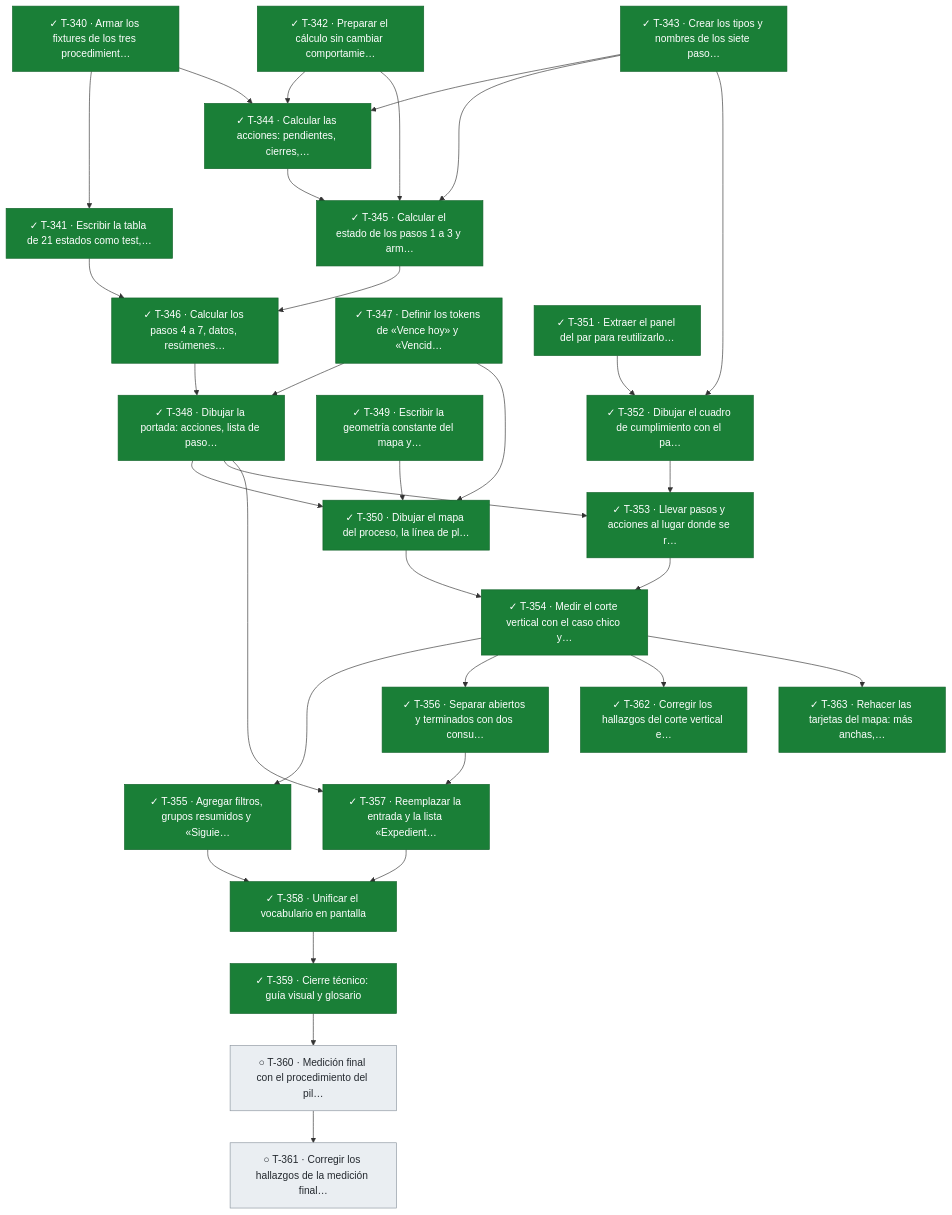
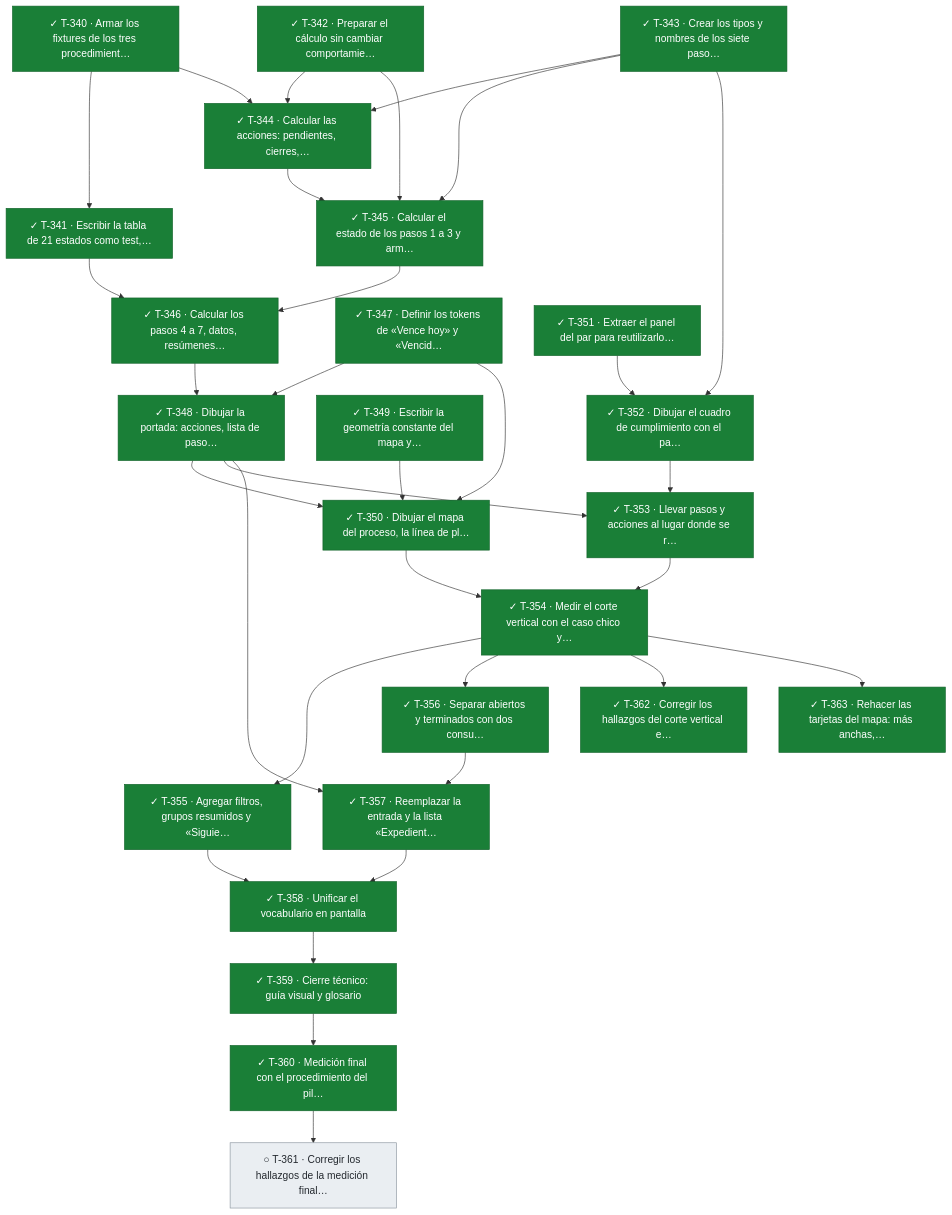
Before and after one commit to snavello/EVALUON: diagram 25 of 25 in docs/tablero.md, drawn with Mermaid. The commit also changed other lines of this file and 1 other file, not shown here.

Commit message:
gestión: T-360 terminada (medición final con los datos del piloto), avisos y tablero

````diff
--- a/docs/tablero.md
+++ b/docs/tablero.md
@@ -1924,63 +1924,63 @@
 ```mermaid
 flowchart TD
   T340["✓ T-340 · Armar los fixtures de los tres procedimient…"]:::done
   T341["✓ T-341 · Escribir la tabla de 21 estados como test,…"]:::done
   T342["✓ T-342 · Preparar el cálculo sin cambiar comportamie…"]:::done
   T343["✓ T-343 · Crear los tipos y nombres de los siete paso…"]:::done
   T344["✓ T-344 · Calcular las acciones: pendientes, cierres,…"]:::done
   T345["✓ T-345 · Calcular el estado de los pasos 1 a 3 y arm…"]:::done
   T346["✓ T-346 · Calcular los pasos 4 a 7, datos, resúmenes…"]:::done
   T347["✓ T-347 · Definir los tokens de «Vence hoy» y «Vencid…"]:::done
   T348["✓ T-348 · Dibujar la portada: acciones, lista de paso…"]:::done
   T349["✓ T-349 · Escribir la geometría constante del mapa y…"]:::done
   T350["✓ T-350 · Dibujar el mapa del proceso, la línea de pl…"]:::done
   T351["✓ T-351 · Extraer el panel del par para reutilizarlo…"]:::done
   T352["✓ T-352 · Dibujar el cuadro de cumplimiento con el pa…"]:::done
   T353["✓ T-353 · Llevar pasos y acciones al lugar donde se r…"]:::done
   T354["✓ T-354 · Medir el corte vertical con el caso chico y…"]:::done
   T355["✓ T-355 · Agregar filtros, grupos resumidos y «Siguie…"]:::done
   T356["✓ T-356 · Separar abiertos y terminados con dos consu…"]:::done
   T357["✓ T-357 · Reemplazar la entrada y la lista «Expedient…"]:::done
   T358["✓ T-358 · Unificar el vocabulario en pantalla"]:::done
   T359["✓ T-359 · Cierre técnico: guía visual y glosario"]:::done
-  T360["○ T-360 · Medición final con el procedimiento del pil…"]:::todo
+  T360["✓ T-360 · Medición final con el procedimiento del pil…"]:::done
   T361["○ T-361 · Corregir los hallazgos de la medición final…"]:::todo
   T362["✓ T-362 · Corregir los hallazgos del corte vertical e…"]:::done
   T363["✓ T-363 · Rehacer las tarjetas del mapa: más anchas,…"]:::done
   T340 --> T341
   T340 --> T344
   T342 --> T344
   T343 --> T344
   T342 --> T345
   T343 --> T345
   T344 --> T345
   T341 --> T346
   T345 --> T346
   T346 --> T348
   T347 --> T348
   T347 --> T350
   T348 --> T350
   T349 --> T350
   T343 --> T352
   T351 --> T352
   T348 --> T353
   T352 --> T353
   T350 --> T354
   T353 --> T354
   T354 --> T355
   T354 --> T356
   T348 --> T357
   T356 --> T357
   T355 --> T358
   T357 --> T358
   T358 --> T359
   T359 --> T360
   T360 --> T361
   T354 --> T362
   T354 --> T363
   classDef done fill:#1a7f37,stroke:#116329,color:#ffffff
   classDef review fill:#0969da,stroke:#0550ae,color:#ffffff
   classDef active fill:#bf8700,stroke:#7d4e00,color:#ffffff
   classDef blocked fill:#cf222e,stroke:#a40e26,color:#ffffff
   classDef todo fill:#eaeef2,stroke:#8c959f,color:#24292f
 ```
````
